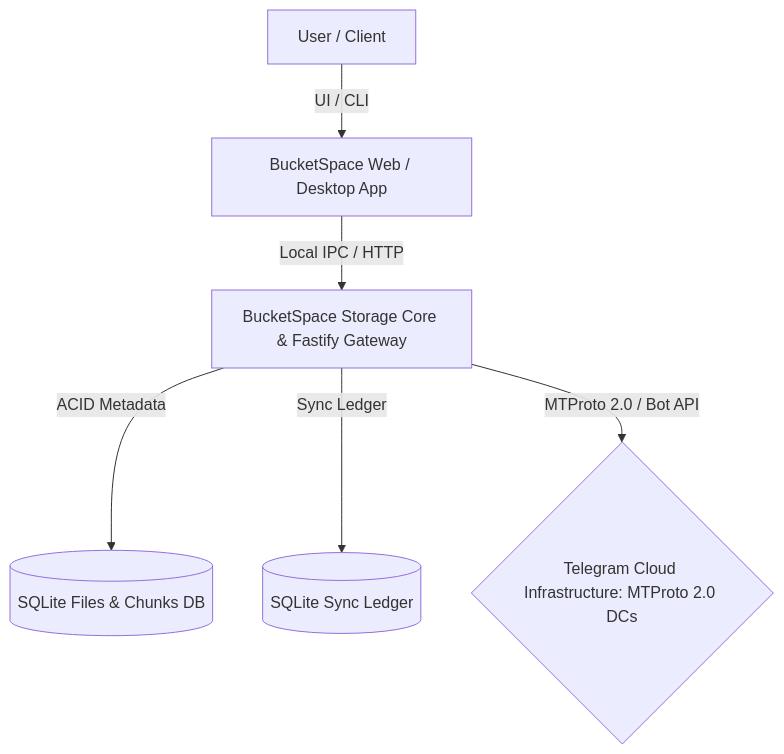
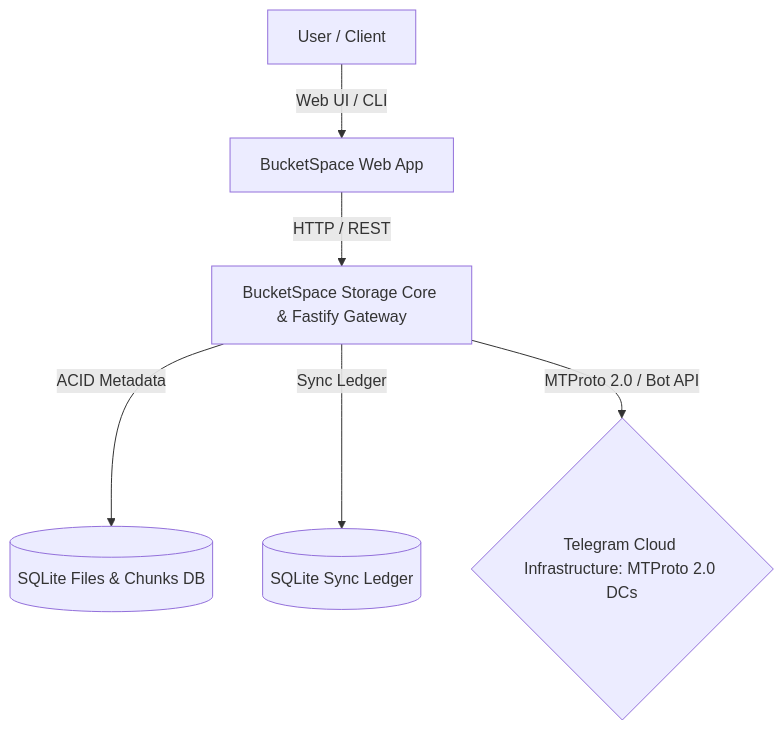
Before and after one commit to vanrajsinh650/BucketSpace: the first of 3 diagrams in context/04_SYSTEM_ARCHITECTURE.md, drawn with Mermaid. The commit also changed other lines of this file and 8 other files, not shown here.

Commit message:
remove electron desktop application and streamline project to web and api

````diff
--- a/context/04_SYSTEM_ARCHITECTURE.md
+++ b/context/04_SYSTEM_ARCHITECTURE.md
@@ -18,8 +18,8 @@
 ```mermaid
 graph TD
-    User[User / Client] -->|UI / CLI| App[BucketSpace Web / Desktop App]
-    App -->|Local IPC / HTTP| Core[BucketSpace Storage Core & Fastify Gateway]
+    User[User / Client] -->|Web UI / CLI| App[BucketSpace Web App]
+    App -->|HTTP / REST| Core[BucketSpace Storage Core & Fastify Gateway]
     Core -->|ACID Metadata| SQLite[(SQLite Files & Chunks DB)]
     Core -->|Sync Ledger| SyncDB[(SQLite Sync Ledger)]
     Core -->|MTProto 2.0 / Bot API| TelegramCloud{Telegram Cloud Infrastructure: MTProto 2.0 DCs}
 ```
````
